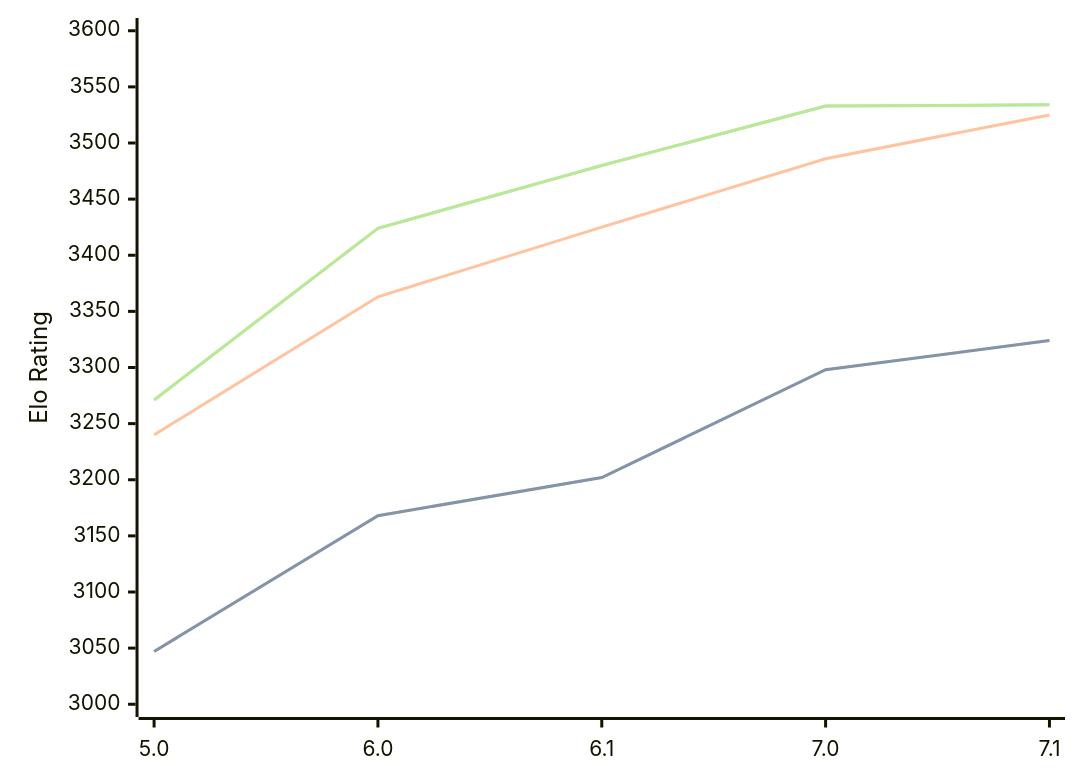
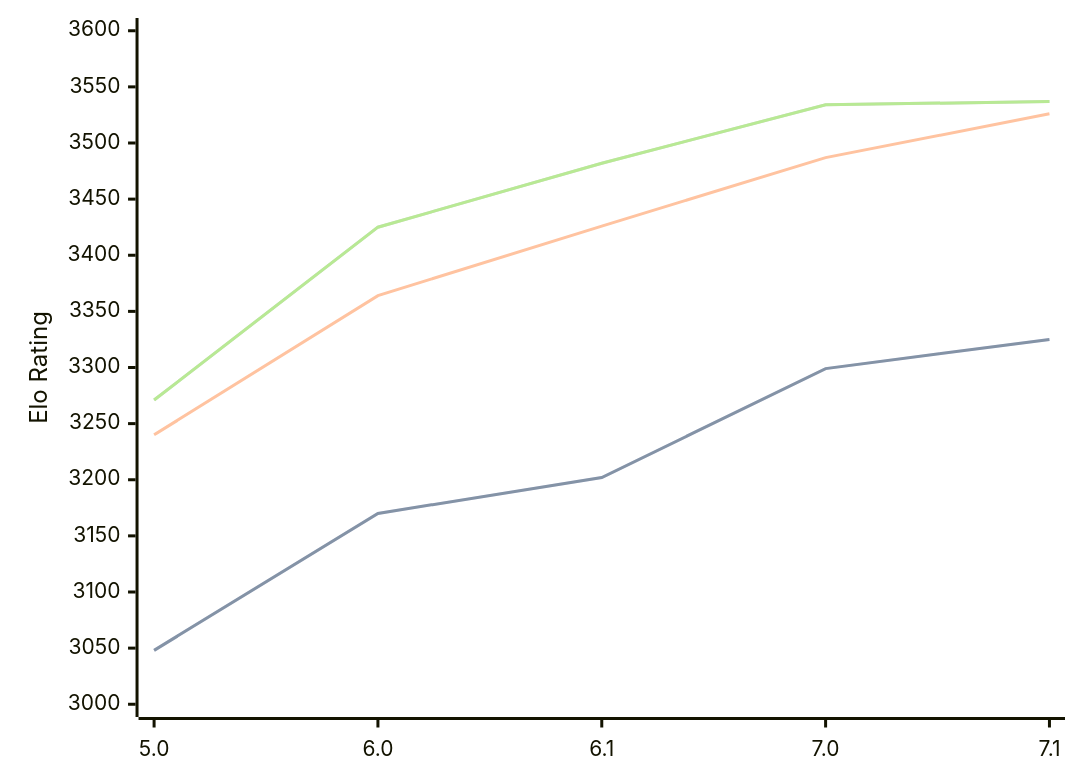
The diagram in engines/PZChessBot.md (computer-chess-index/cci), drawn with Mermaid before and after one commit. The commit also changed other lines of this file, not shown here.

Commit message:
Update CCI Ratings (ELO VLTC) - 2026-09-08

````diff
--- a/engines/PZChessBot.md
+++ b/engines/PZChessBot.md
@@ -35,11 +35,11 @@
 ```mermaid
 %%{init: {"theme":"base","themeVariables":{"seriesColors:['#a3a3a3','#222221','#faa371']}}}%%
 xychart-beta
   x-axis ["5.0", "6.0", "6.1", "7.0", "7.1"]
   y-axis "Elo Rating" 3000 --> 3600
-  line "" [3047, 3168, 3202, 3298, 3324]
-  line "STC (8.0+0.08s)" [3047, 3168, 3202, 3298, 3324]
-  line "LTC (60.0+0.60s)" [3240, 3363, 3425, 3486, 3525]
-  line "" [3271, 3424, 3480, 3533, 3534]
-  line "VLTC (2m24s+1.12s)" [3271, 3424, 3480, 3533, 3534]
+  line "" [3048, 3170, 3202, 3299, 3325]
+  line "STC (8.0+0.08s)" [3048, 3170, 3202, 3299, 3325]
+  line "LTC (60.0+0.60s)" [3240, 3364, 3426, 3487, 3526]
+  line "" [3271, 3425, 3482, 3534, 3537]
+  line "VLTC (2m24s+1.12s)" [3271, 3425, 3482, 3534, 3537]
 ```
````
